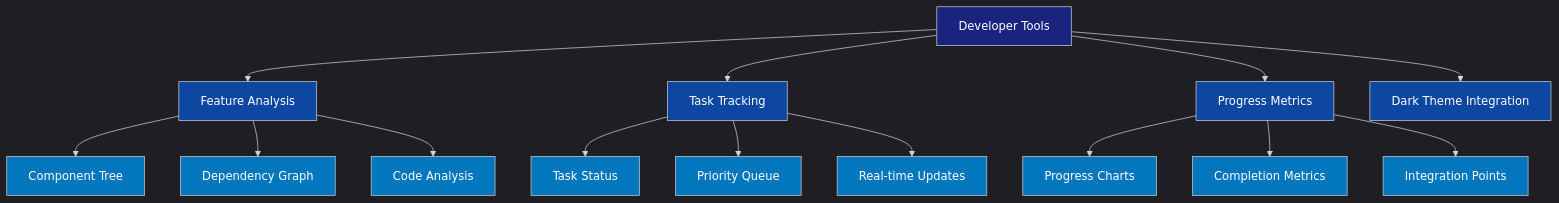
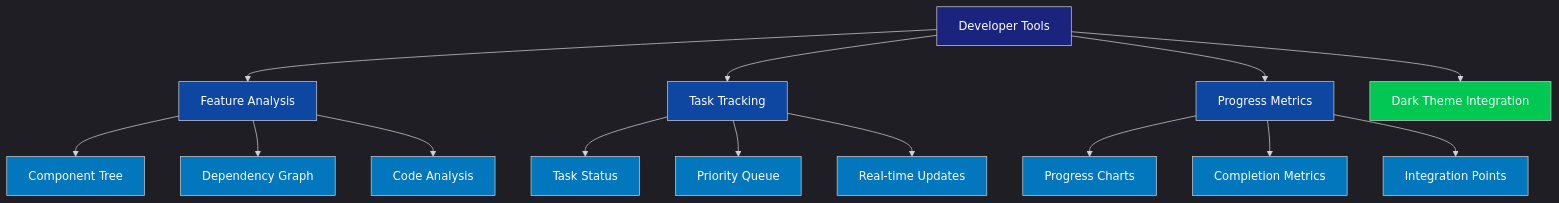
The first of 7 diagrams in instructions/task-visualization.md (subtillioN/imagN), drawn with Mermaid before and after one commit. The commit also changed 9 other files, not shown here.

````diff
--- a/instructions/task-visualization.md
+++ b/instructions/task-visualization.md
@@ -7,35 +7,42 @@
 ```mermaid
 %%{init: {'theme':'dark'}}%%
 graph TD
     A[Developer Tools] --> B[Feature Analysis]
     A --> C[Task Tracking]
     A --> D[Progress Metrics]
     A --> K[Dark Theme Integration]
     
     B --> E[Component Tree]
     B --> F[Dependency Graph]
     B --> L[Code Analysis]
     
     C --> G[Task Status]
     C --> H[Priority Queue]
     C --> M[Real-time Updates]
     
     D --> I[Progress Charts]
     D --> J[Completion Metrics]
     D --> N[Integration Points]
     
     style A fill:#1a237e,color:#ffffff
     style B fill:#0d47a1,color:#ffffff
     style C fill:#0d47a1,color:#ffffff
     style D fill:#0d47a1,color:#ffffff
     style E fill:#0277bd,color:#ffffff
     style F fill:#0277bd,color:#ffffff
     style G fill:#0277bd,color:#ffffff
     style H fill:#0277bd,color:#ffffff
     style I fill:#0277bd,color:#ffffff
     style J fill:#0277bd,color:#ffffff
-    style K fill:#0d47a1,color:#ffffff
+    style K fill:#00c853,color:#ffffff
     style L fill:#0277bd,color:#ffffff
     style M fill:#0277bd,color:#ffffff
     style N fill:#0277bd,color:#ffffff
+
+    %% Completed Features
+    click K "Completed: Dark Theme Integration"
+    %% In Progress Features
+    click B "In Progress: Feature Analysis"
+    click C "In Progress: Task Tracking"
+    click D "In Progress: Progress Metrics"
 ```
````
